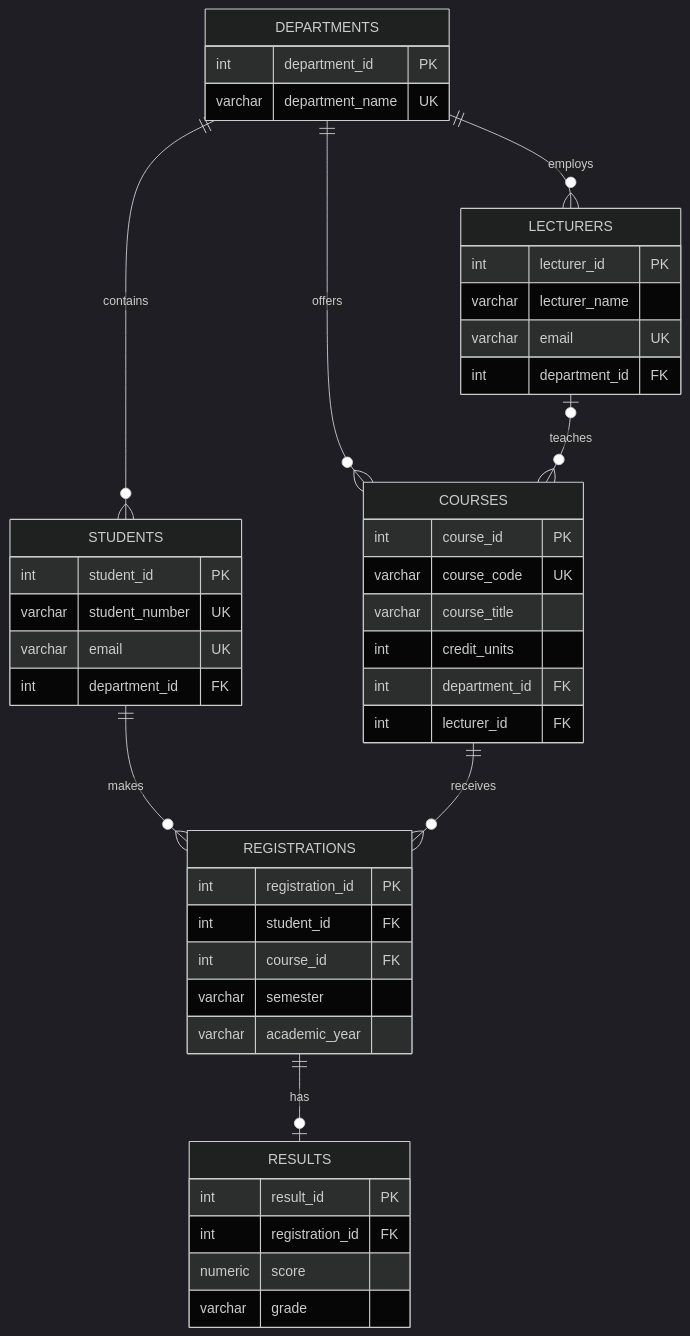
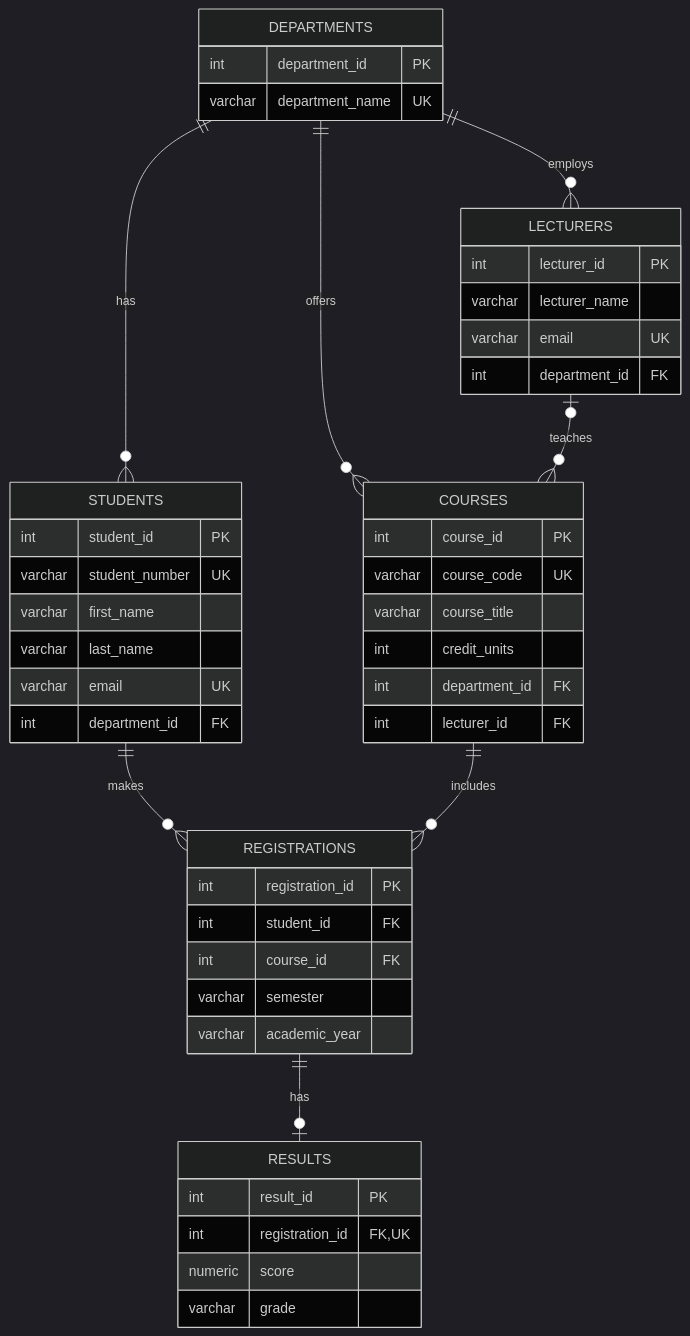
The diagram in portfolio-1-database-design/erd.md (NYdeveloper099-spec/advanced-database-portfolio), drawn with Mermaid (dark theme) before and after one commit. The commit also changed other lines of this file, not shown here.

````diff
--- a/portfolio-1-database-design/erd.md
+++ b/portfolio-1-database-design/erd.md
@@ -8,48 +7,55 @@
 ```mermaid
 erDiagram
-    DEPARTMENTS ||--o{ STUDENTS : contains
+    DEPARTMENTS ||--o{ STUDENTS : has
     DEPARTMENTS ||--o{ LECTURERS : employs
     DEPARTMENTS ||--o{ COURSES : offers
     LECTURERS o|--o{ COURSES : teaches
     STUDENTS ||--o{ REGISTRATIONS : makes
-    COURSES ||--o{ REGISTRATIONS : receives
+    COURSES ||--o{ REGISTRATIONS : includes
     REGISTRATIONS ||--o| RESULTS : has
 
     DEPARTMENTS {
         int department_id PK
         varchar department_name UK
     }
+
     STUDENTS {
         int student_id PK
         varchar student_number UK
+        varchar first_name
+        varchar last_name
         varchar email UK
         int department_id FK
     }
+
     LECTURERS {
         int lecturer_id PK
         varchar lecturer_name
         varchar email UK
         int department_id FK
     }
+
     COURSES {
         int course_id PK
         varchar course_code UK
         varchar course_title
         int credit_units
         int department_id FK
         int lecturer_id FK
     }
+
     REGISTRATIONS {
         int registration_id PK
         int student_id FK
         int course_id FK
         varchar semester
         varchar academic_year
     }
+
     RESULTS {
         int result_id PK
-        int registration_id FK
+        int registration_id FK, UK
         numeric score
         varchar grade
     }
 ```
````
